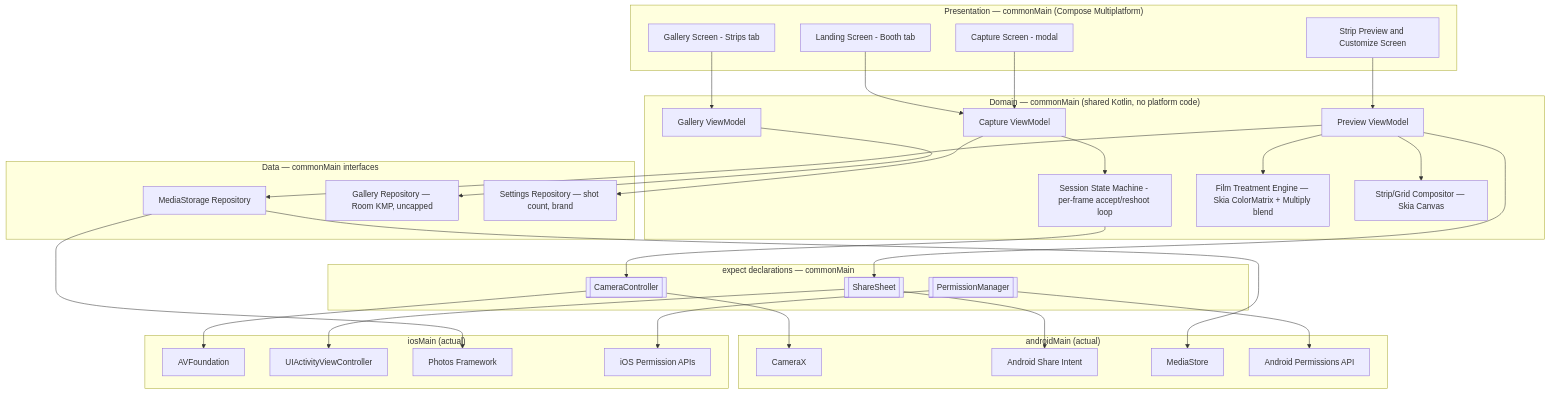
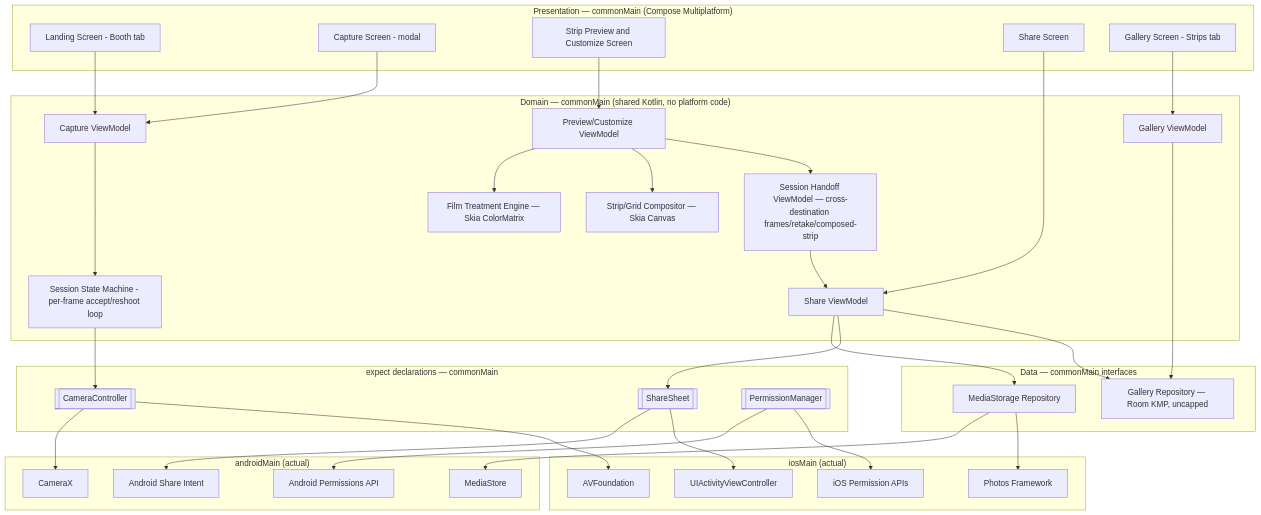
The first of 3 diagrams in architecture.md (dhruv-d02/Photobooth), drawn with Mermaid before and after one commit. The commit also changed other lines of this file and 56 other files, not shown here.

````diff
--- a/architecture.md
+++ b/architecture.md
@@ -15,62 +15,66 @@
 ```mermaid
 graph TB
     subgraph Presentation["Presentation — commonMain (Compose Multiplatform)"]
         LandingScreen[Landing Screen - Booth tab]
         CaptureScreen[Capture Screen - modal]
         PreviewScreen[Strip Preview and Customize Screen]
+        ShareScreen[Share Screen]
         GalleryScreen[Gallery Screen - Strips tab]
     end
 
     subgraph Domain["Domain — commonMain (shared Kotlin, no platform code)"]
         SessionSM[Session State Machine - per-frame accept/reshoot loop]
-        FilmTreatmentEngine[Film Treatment Engine — Skia ColorMatrix + Multiply blend]
+        FilmTreatmentEngine[Film Treatment Engine — Skia ColorMatrix]
         Compositor[Strip/Grid Compositor — Skia Canvas]
         CaptureVM[Capture ViewModel]
-        PreviewVM[Preview ViewModel]
+        PreviewVM[Preview/Customize ViewModel]
+        ShareVM[Share ViewModel]
+        SessionHandoff[Session Handoff ViewModel — cross-destination frames/retake/composed-strip]
         GalleryVM[Gallery ViewModel]
     end
 
     subgraph Data["Data — commonMain interfaces"]
         MediaRepo[MediaStorage Repository]
         GalleryRepo[Gallery Repository — Room KMP, uncapped]
-        SettingsRepo[Settings Repository — shot count, brand]
     end
 
     subgraph PlatformIfaces["expect declarations — commonMain"]
         CamIface[[CameraController]]
         ShareIface[[ShareSheet]]
         PermIface[[PermissionManager]]
     end
 
     subgraph Android["androidMain (actual)"]
         CameraX[CameraX]
         AndroidShare[Android Share Intent]
         MediaStoreImpl[MediaStore]
         AndroidPerms[Android Permissions API]
     end
 
     subgraph iOS["iosMain (actual)"]
         AVFoundation[AVFoundation]
         IOSShare[UIActivityViewController]
         PhotosImpl[Photos Framework]
         IOSPerms[iOS Permission APIs]
     end
 
     LandingScreen --> CaptureVM
     CaptureScreen --> CaptureVM --> SessionSM --> CamIface
-    CaptureVM --> SettingsRepo
     PreviewScreen --> PreviewVM --> FilmTreatmentEngine
     PreviewVM --> Compositor
-    PreviewVM --> MediaRepo
-    PreviewVM --> ShareIface
+    PreviewVM --> SessionHandoff
+    ShareScreen --> ShareVM --> MediaRepo
+    ShareVM --> ShareIface
+    ShareVM --> GalleryRepo
+    SessionHandoff --> ShareVM
     GalleryScreen --> GalleryVM --> GalleryRepo
 
     CamIface --> CameraX
     CamIface --> AVFoundation
     ShareIface --> AndroidShare
     ShareIface --> IOSShare
     MediaRepo --> MediaStoreImpl
     MediaRepo --> PhotosImpl
     PermIface --> AndroidPerms
     PermIface --> IOSPerms
 ```
````
